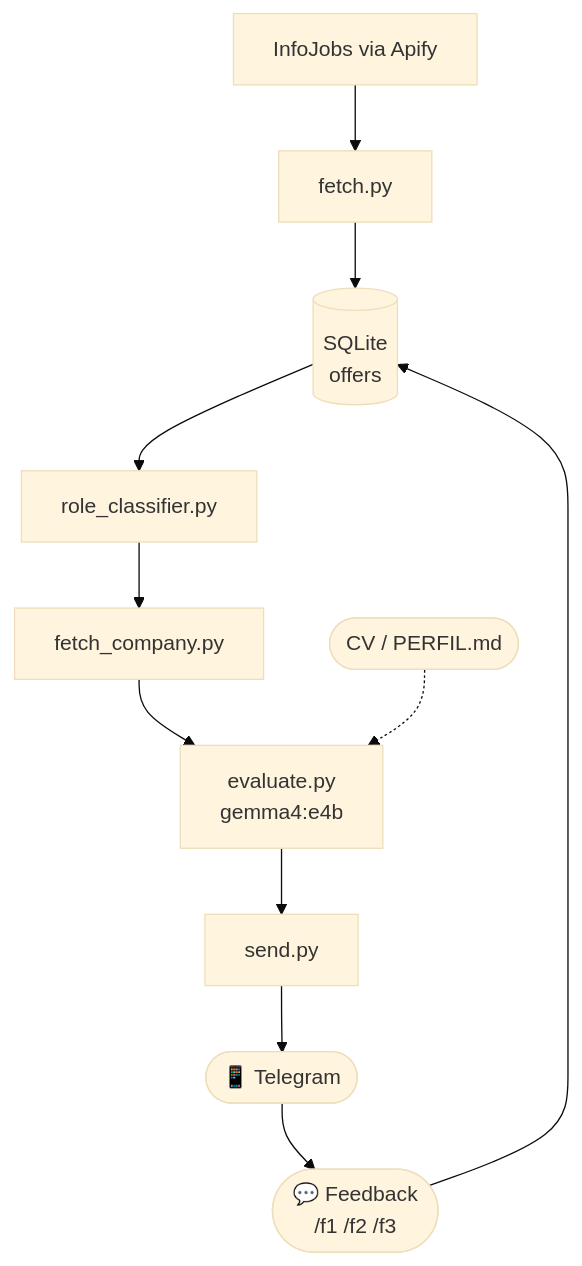
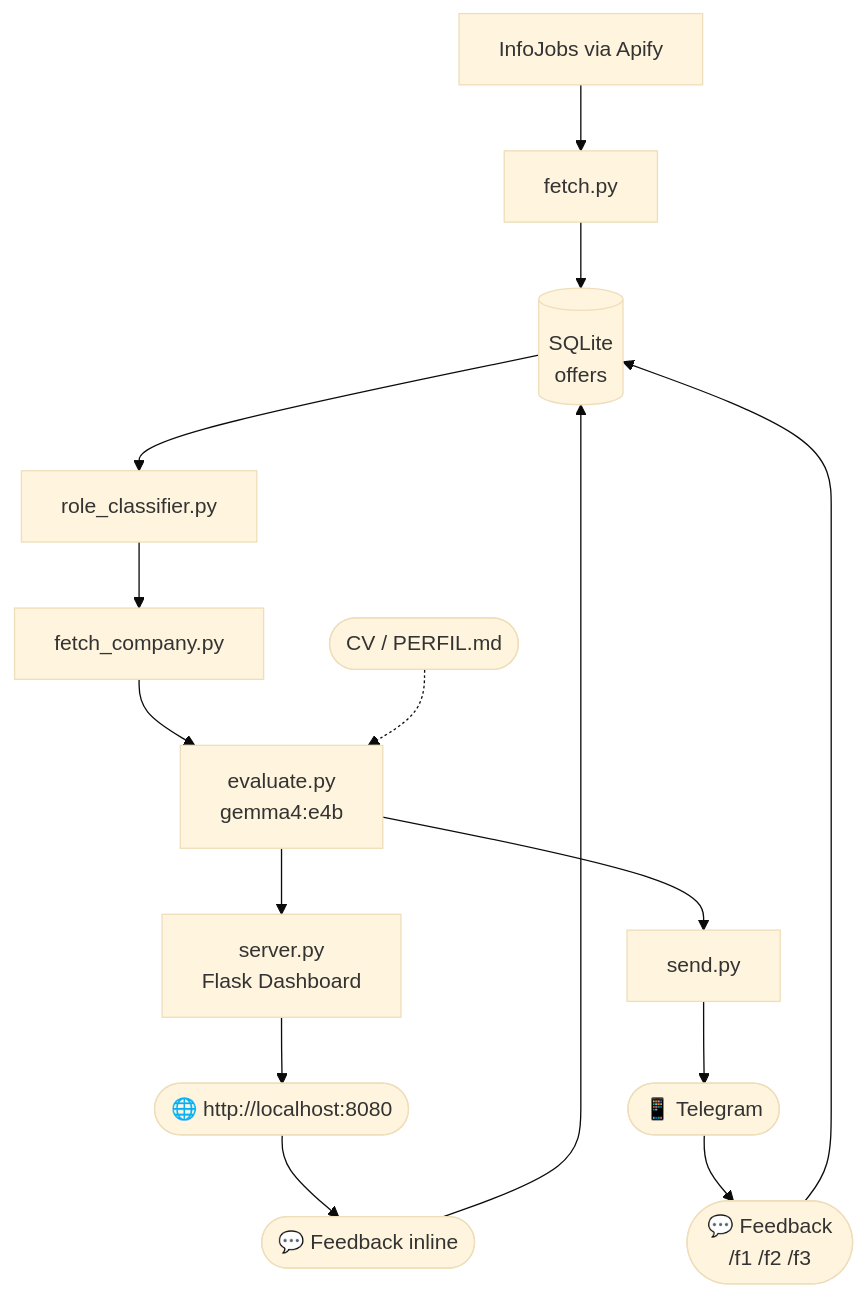
Before and after one commit to Veidos/job-intelligence-agent: the diagram in README.md, drawn with Mermaid (base theme). The commit also changed other lines of this file and 7 other files, not shown here.

First line of the commit message:
docs: rewrite all docs for dashboard-first architecture

````diff
--- a/README.md
+++ b/README.md
@@ -27,13 +28,17 @@
 ```mermaid
 flowchart TD
     A[InfoJobs via Apify] --> B[fetch.py]
     B --> C[(SQLite\noffers)]
     C --> D[role_classifier.py]
     D --> E[fetch_company.py]
     E --> F[evaluate.py\ngemma4:e4b]
-    F --> G[send.py]
-    G --> H([📱 Telegram])
-    H --> I([💬 Feedback\n/f1 /f2 /f3])
+    F --> G[server.py\nFlask Dashboard]
+    G --> H([🌐 http://localhost:8080])
+    H --> I([💬 Feedback inline])
     I --> C
-    J([CV / PERFIL.md]) -.-> F
+    F --> J[send.py]
+    J --> K([📱 Telegram])
+    K --> L([💬 Feedback\n/f1 /f2 /f3])
+    L --> C
+    M([CV / PERFIL.md]) -.-> F
 ```
````
